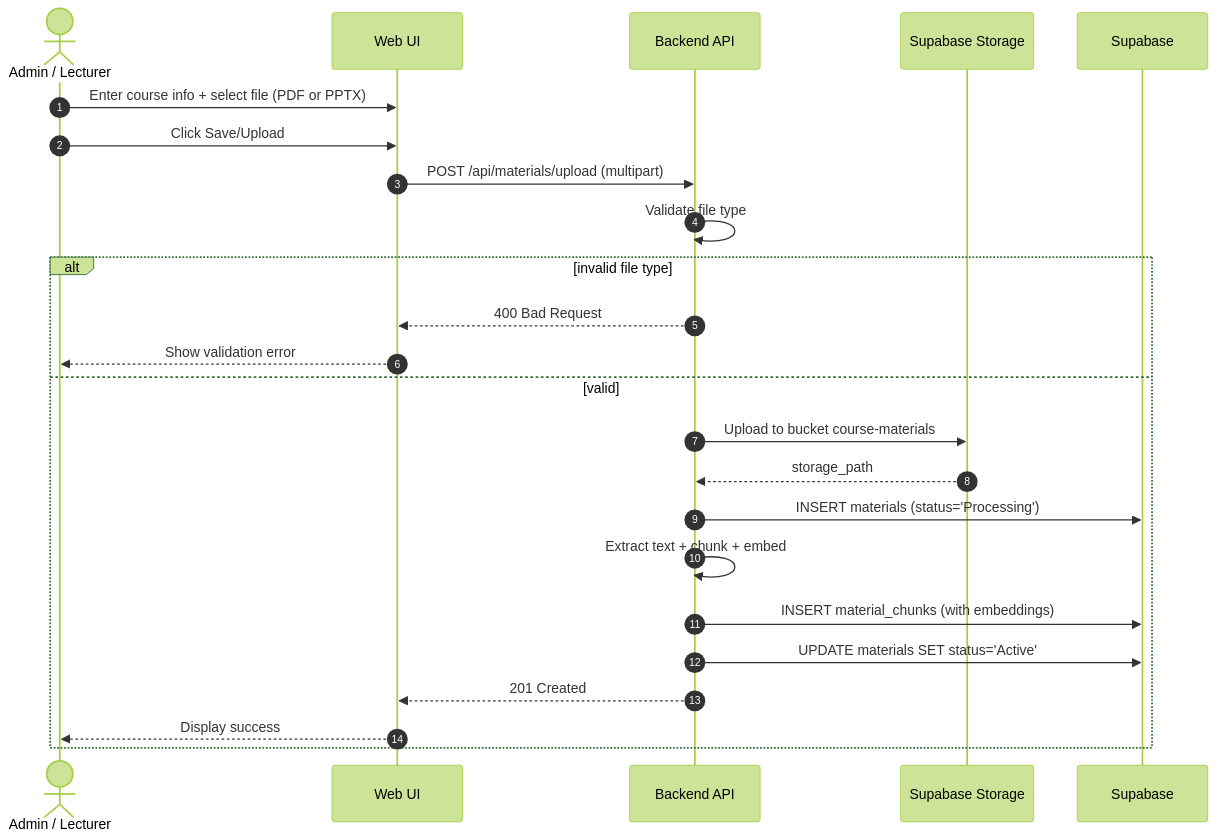
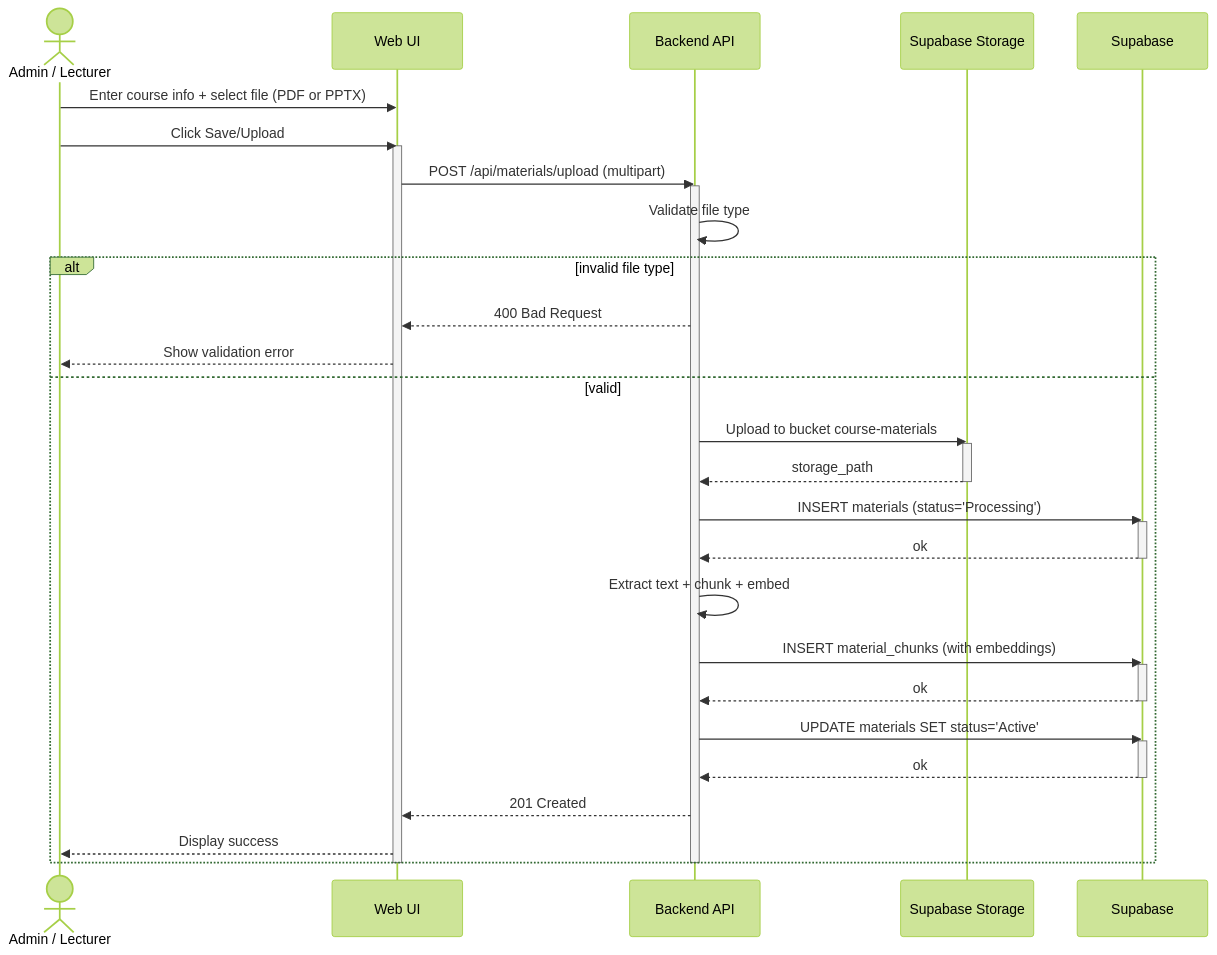
Before and after one commit to aree6/Quizify: the diagram in documents_psm2/diagrams_source/SRS/mermaid/uc007_update_course_info_slides_uml.mmd, drawn with Mermaid (forest theme). The commit also changed 3 other files, not shown here.

```diff
--- a/documents_psm2/diagrams_source/SRS/mermaid/uc007_update_course_info_slides_uml.mmd
+++ b/documents_psm2/diagrams_source/SRS/mermaid/uc007_update_course_info_slides_uml.mmd
@@ -1,25 +1,40 @@
 sequenceDiagram
-  autonumber
   actor A as Admin / Lecturer
   participant UI as Web UI
   participant API as Backend API
   participant Store as Supabase Storage
   participant DB as Supabase
 
   A->>UI: Enter course info + select file (PDF or PPTX)
   A->>UI: Click Save/Upload
+  activate UI
   UI->>API: POST /api/materials/upload (multipart)
+  activate API
   API->>API: Validate file type
+
   alt invalid file type
     API-->>UI: 400 Bad Request
     UI-->>A: Show validation error
   else valid
     API->>Store: Upload to bucket course-materials
+    activate Store
     Store-->>API: storage_path
+    deactivate Store
     API->>DB: INSERT materials (status='Processing')
+    activate DB
+    DB-->>API: ok
+    deactivate DB
     API->>API: Extract text + chunk + embed
     API->>DB: INSERT material_chunks (with embeddings)
+    activate DB
+    DB-->>API: ok
+    deactivate DB
     API->>DB: UPDATE materials SET status='Active'
+    activate DB
+    DB-->>API: ok
+    deactivate DB
     API-->>UI: 201 Created
     UI-->>A: Display success
   end
+  deactivate API
+  deactivate UI
```
